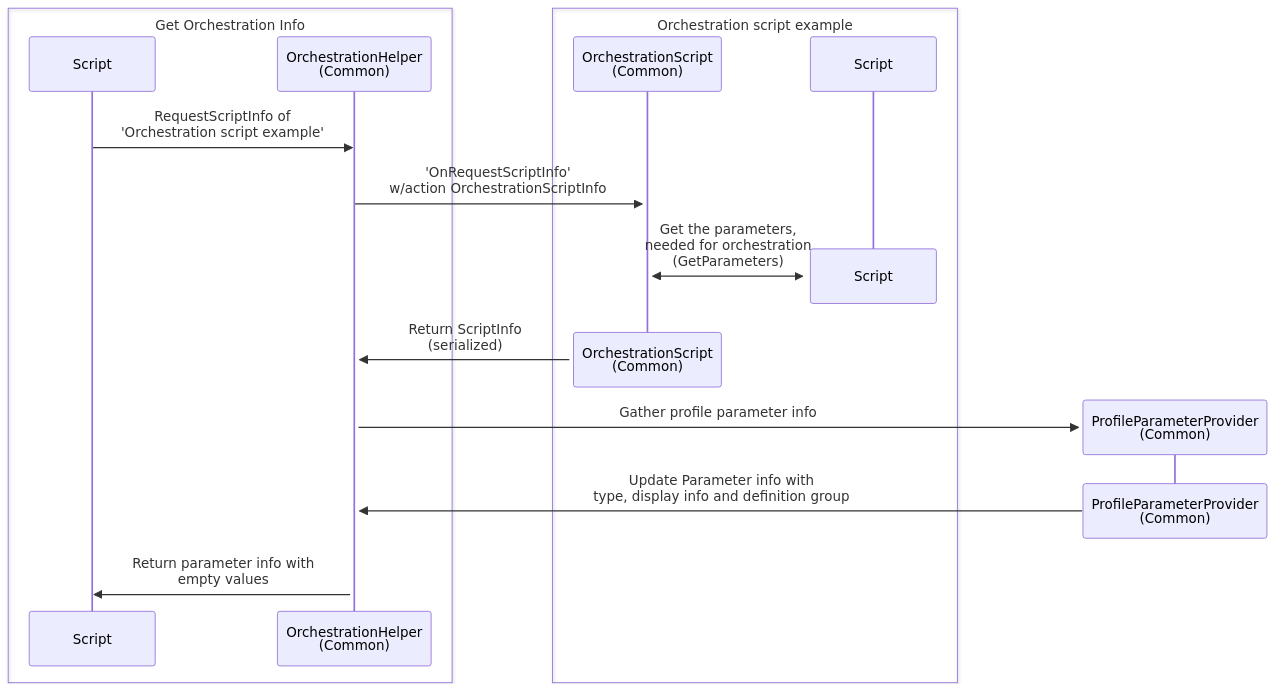
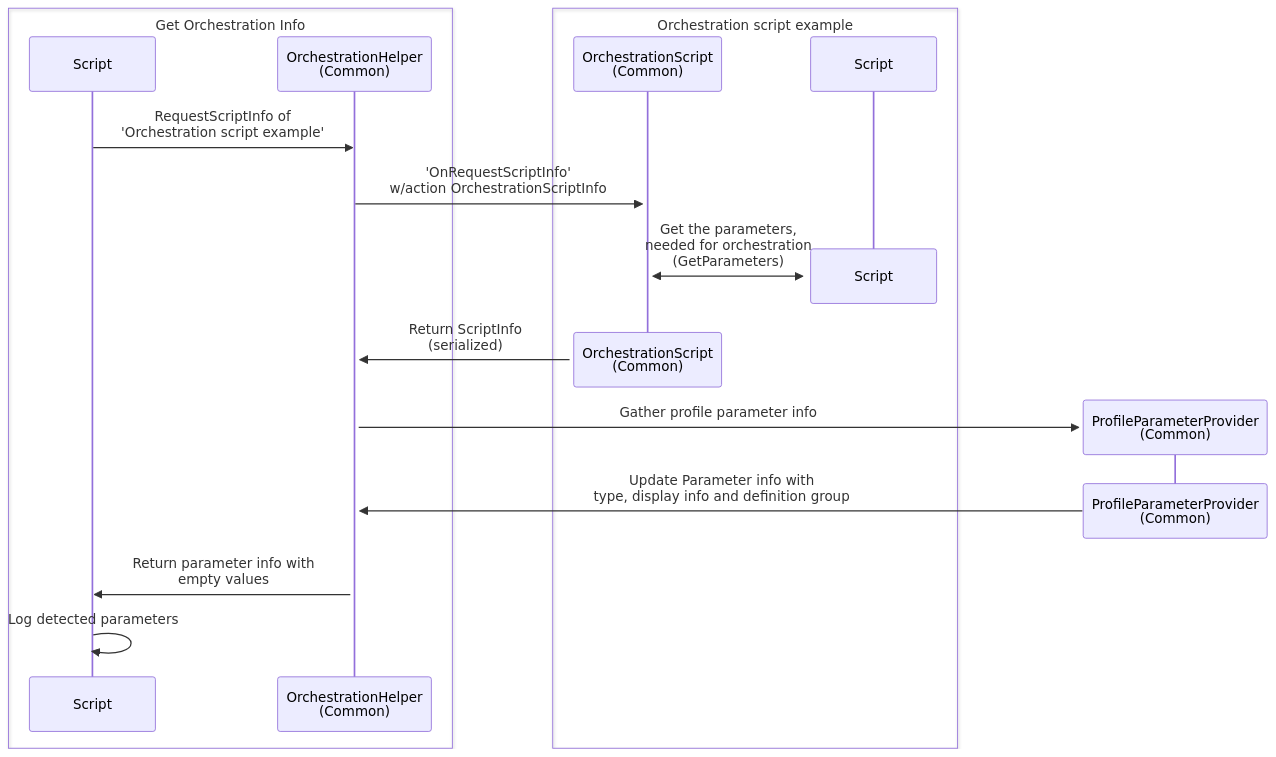
The second of 3 diagrams in README.md (SkylineCommunications/SLC-S-OrchestrationHelperExample), drawn with Mermaid before and after one commit. The commit also changed other lines of this file and 3 other files, not shown here.

````diff
--- a/README.md
+++ b/README.md
@@ -88,28 +90,29 @@
 ```mermaid
 sequenceDiagram
   box Get Orchestration Info
   participant I as Script
   participant H as OrchestrationHelper<br/>(Common)
   end
   
   I ->> H: RequestScriptInfo of<br>'Orchestration script example'
 
   box Orchestration script example
   participant O as OrchestrationScript<br/>(Common)
   participant E as Script
   end
 
   H ->>+ O: 'OnRequestScriptInfo'<br>w/action OrchestrationScriptInfo
   destroy E
   O <<->>+ E: Get the parameters,<br/>needed for orchestration<br/>(GetParameters)
   destroy O
   O ->>+ H: Return ScriptInfo<br/>(serialized)
 
   create participant P as ProfileParameterProvider<br/>(Common)
   
   H ->> P: Gather profile parameter info 
   destroy P
   P ->> H: Update Parameter info with<br/>type, display info and definition group
   
   H ->> I: Return parameter info with<br/>empty values
+  I ->> I: Log detected parameters
 ```
````
